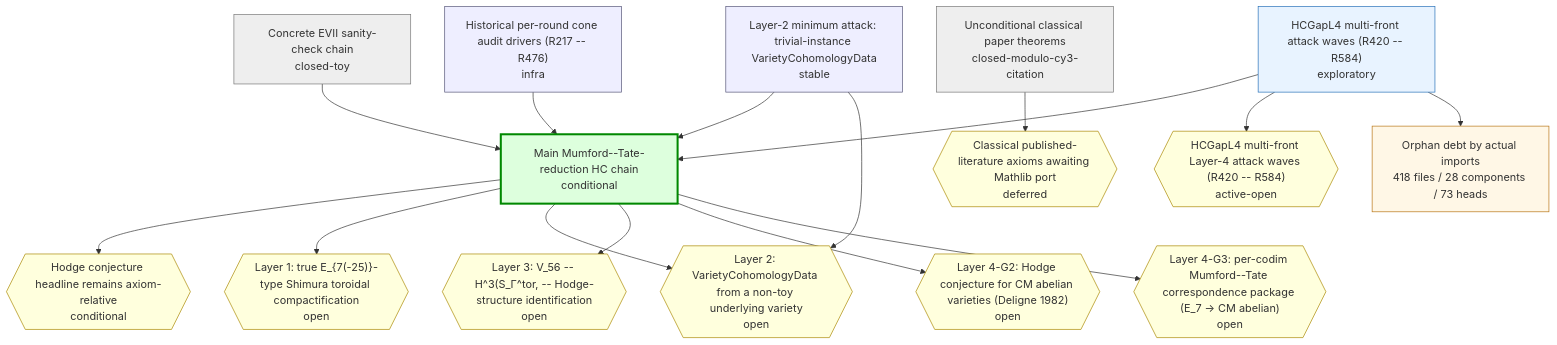
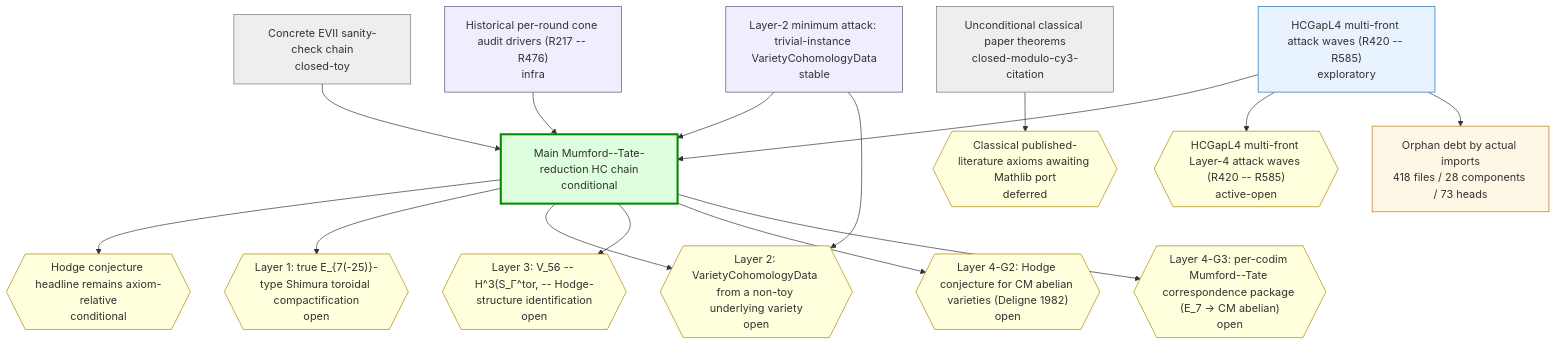
Before and after one commit to crabsatellite/hodge-conjecture-lean4-formalization: the first of 2 diagrams in chain-status/research-map.md, drawn with Mermaid. The commit also changed other lines of this file and 7 other files, not shown here.

````diff
--- a/chain-status/research-map.md
+++ b/chain-status/research-map.md
@@ -45,44 +45,44 @@
 ```mermaid
 graph TD
   classDef main fill:#dfd,stroke:#080,stroke-width:3px
   classDef active fill:#e8f3ff,stroke:#2670b8
   classDef support fill:#eef,stroke:#557
   classDef closed fill:#eee,stroke:#777
   classDef dead fill:#fdd,stroke:#a00,stroke-width:2px
   classDef gapOpen fill:#ffd,stroke:#a80
   classDef gapClosed fill:#eee,stroke:#777
   classDef gapDead fill:#fdd,stroke:#a00
   classDef debt fill:#fff7e6,stroke:#b87514
   classDef debtTaxonomy fill:#e8f3ff,stroke:#2670b8,stroke-dasharray:3 3
   classDef debtRule fill:#eefbea,stroke:#398439,stroke-dasharray:3 3
   classDef debtDead fill:#fdd,stroke:#a00,stroke-dasharray:3 3
   chain_main_hc_axiom_relative["Main Mumford--Tate-reduction HC chain\nconditional"]:::main
   chain_unconditional_classical["Unconditional classical paper theorems\nclosed-modulo-cy3-citation"]:::closed
   chain_hcgap_l2_trivial_instances["Layer-2 minimum attack: trivial-instance VarietyCohomologyData\nstable"]:::support
-  chain_hcgap_l4_multifront_active["HCGapL4 multi-front attack waves (R420 -- R584)\nexploratory"]:::active
+  chain_hcgap_l4_multifront_active["HCGapL4 multi-front attack waves (R420 -- R585)\nexploratory"]:::active
   chain_concrete_evii_toy["Concrete EVII sanity-check chain\nclosed-toy"]:::closed
   chain_historical_cone_audits["Historical per-round cone audit drivers (R217 -- R476)\ninfra"]:::support
   gap_G_main_hc{{"Hodge conjecture headline remains axiom-relative\nconditional"}}:::gapOpen
   gap_G_l1_e7_shimura_tor{{"Layer 1: true E_{7(-25)}-type Shimura toroidal compactification\nopen"}}:::gapOpen
   gap_G_l2_cohomology_construction{{"Layer 2: VarietyCohomologyData from a non-toy underlying variety\nopen"}}:::gapOpen
   gap_G_l3_v56_mt_identification{{"Layer 3: V_56 -- H^3(S_Γ^tor, -- Hodge-structure identification\nopen"}}:::gapOpen
   gap_G_l4_cm_abelian_hc{{"Layer 4-G2: Hodge conjecture for CM abelian varieties (Deligne 1982)\nopen"}}:::gapOpen
   gap_G_l4_mt_correspondence{{"Layer 4-G3: per-codim Mumford--Tate correspondence package (E_7 -> CM abelian)\nopen"}}:::gapOpen
   gap_G_classical_mathlib_port{{"Classical published-literature axioms awaiting Mathlib port\ndeferred"}}:::gapOpen
-  gap_G_hcgap_l4_multifront{{"HCGapL4 multi-front Layer-4 attack waves (R420 -- R584)\nactive-open"}}:::gapOpen
+  gap_G_hcgap_l4_multifront{{"HCGapL4 multi-front Layer-4 attack waves (R420 -- R585)\nactive-open"}}:::gapOpen
   chain_main_hc_axiom_relative --> gap_G_main_hc
   chain_main_hc_axiom_relative --> gap_G_l1_e7_shimura_tor
   chain_main_hc_axiom_relative --> gap_G_l2_cohomology_construction
   chain_main_hc_axiom_relative --> gap_G_l3_v56_mt_identification
   chain_main_hc_axiom_relative --> gap_G_l4_cm_abelian_hc
   chain_main_hc_axiom_relative --> gap_G_l4_mt_correspondence
   chain_unconditional_classical --> gap_G_classical_mathlib_port
   chain_hcgap_l2_trivial_instances --> chain_main_hc_axiom_relative
   chain_hcgap_l2_trivial_instances --> gap_G_l2_cohomology_construction
   chain_hcgap_l4_multifront_active --> chain_main_hc_axiom_relative
   chain_hcgap_l4_multifront_active --> gap_G_hcgap_l4_multifront
   chain_concrete_evii_toy --> chain_main_hc_axiom_relative
   chain_historical_cone_audits --> chain_main_hc_axiom_relative
   debt_all["Orphan debt by actual imports\n418 files / 28 components / 73 heads"]:::debt
   chain_hcgap_l4_multifront_active --> debt_all
 ```
````
